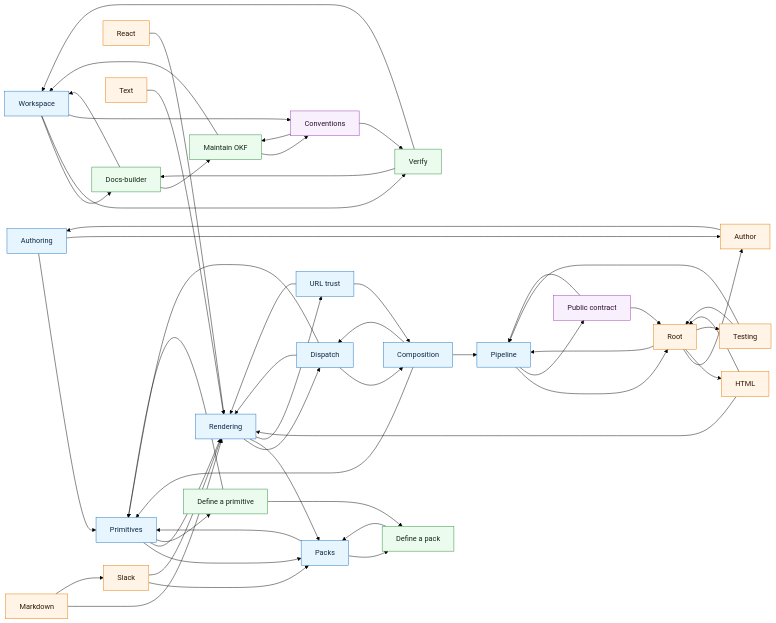
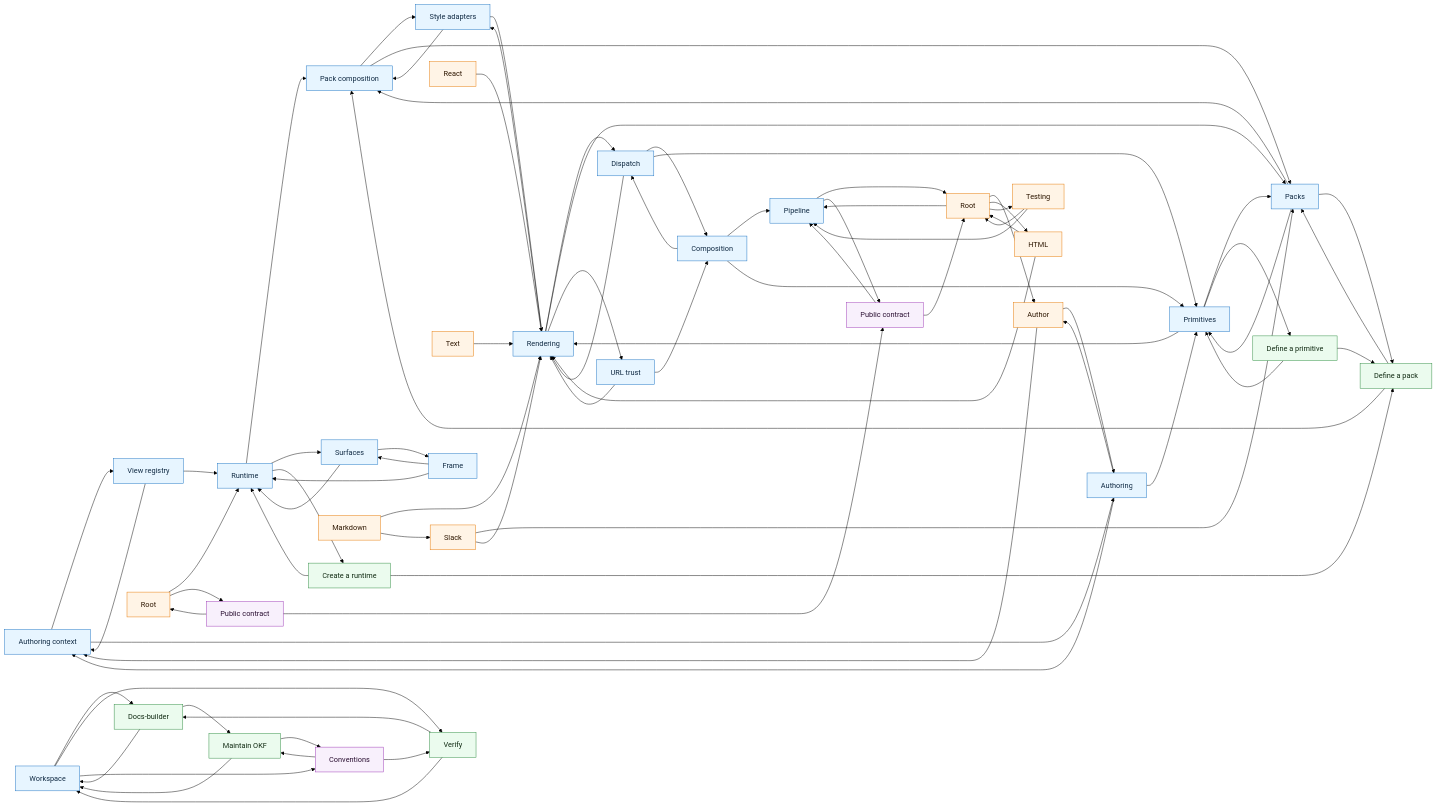
Before and after one commit to elastic/isomer: the diagram in docs/reference/okf-map.md, drawn with Mermaid (forest theme). The commit also changed other lines of this file and 62 other files, not shown here.

````diff
--- a/docs/reference/okf-map.md
+++ b/docs/reference/okf-map.md
@@ -16,5 +16,15 @@
 ```mermaid
 flowchart LR
+    runtime_concepts_authoring_context["Authoring context"]:::concept
+    runtime_concepts_frame["Frame"]:::concept
+    runtime_concepts_packs["Pack composition"]:::concept
+    runtime_concepts_runtime["Runtime"]:::concept
+    runtime_concepts_style_adapters["Style adapters"]:::concept
+    runtime_concepts_surfaces["Surfaces"]:::concept
+    runtime_concepts_view_registry["View registry"]:::concept
+    runtime_entry_points_root["Root"]:::entrypoint
+    runtime_playbooks_create_a_runtime["Create a runtime"]:::playbook
+    runtime_reference_public_contract["Public contract"]:::reference
     sdk_concepts_authoring["Authoring"]:::concept
     sdk_concepts_composition["Composition"]:::concept
     sdk_concepts_dispatch["Dispatch"]:::concept
@@ -39,6 +49,28 @@
     workspace_playbooks_maintain_okf["Maintain OKF"]:::playbook
     workspace_playbooks_verify["Verify"]:::playbook
     workspace_reference_conventions["Conventions"]:::reference
+    runtime_concepts_authoring_context --> runtime_concepts_view_registry
+    runtime_concepts_authoring_context --> sdk_concepts_authoring
+    runtime_concepts_frame --> runtime_concepts_runtime
+    runtime_concepts_frame --> runtime_concepts_surfaces
+    runtime_concepts_packs --> runtime_concepts_style_adapters
+    runtime_concepts_packs --> sdk_concepts_packs
+    runtime_concepts_runtime --> runtime_concepts_packs
+    runtime_concepts_runtime --> runtime_concepts_surfaces
+    runtime_concepts_runtime --> runtime_playbooks_create_a_runtime
+    runtime_concepts_style_adapters --> runtime_concepts_packs
+    runtime_concepts_style_adapters --> sdk_concepts_rendering
+    runtime_concepts_surfaces --> runtime_concepts_frame
+    runtime_concepts_surfaces --> runtime_concepts_runtime
+    runtime_concepts_view_registry --> runtime_concepts_authoring_context
+    runtime_concepts_view_registry --> runtime_concepts_runtime
+    runtime_entry_points_root --> runtime_concepts_runtime
+    runtime_entry_points_root --> runtime_reference_public_contract
+    runtime_playbooks_create_a_runtime --> runtime_concepts_runtime
+    runtime_playbooks_create_a_runtime --> sdk_playbooks_define_a_pack
+    runtime_reference_public_contract --> runtime_entry_points_root
+    runtime_reference_public_contract --> sdk_reference_public_contract
+    sdk_concepts_authoring --> runtime_concepts_authoring_context
     sdk_concepts_authoring --> sdk_concepts_primitives
     sdk_concepts_authoring --> sdk_entry_points_author
     sdk_concepts_composition --> sdk_concepts_dispatch
@@ -47,6 +79,7 @@
     sdk_concepts_dispatch --> sdk_concepts_composition
     sdk_concepts_dispatch --> sdk_concepts_primitives
     sdk_concepts_dispatch --> sdk_concepts_rendering
+    sdk_concepts_packs --> runtime_concepts_packs
     sdk_concepts_packs --> sdk_concepts_primitives
     sdk_concepts_packs --> sdk_playbooks_define_a_pack
     sdk_concepts_pipeline --> sdk_entry_points_root
@@ -54,11 +87,13 @@
     sdk_concepts_primitives --> sdk_concepts_packs
     sdk_concepts_primitives --> sdk_concepts_rendering
     sdk_concepts_primitives --> sdk_playbooks_define_a_primitive
+    sdk_concepts_rendering --> runtime_concepts_style_adapters
     sdk_concepts_rendering --> sdk_concepts_dispatch
     sdk_concepts_rendering --> sdk_concepts_packs
     sdk_concepts_rendering --> sdk_concepts_url_trust
     sdk_concepts_url_trust --> sdk_concepts_composition
     sdk_concepts_url_trust --> sdk_concepts_rendering
+    sdk_entry_points_author --> runtime_concepts_authoring_context
     sdk_entry_points_author --> sdk_concepts_authoring
     sdk_entry_points_html --> sdk_concepts_rendering
     sdk_entry_points_html --> sdk_entry_points_root
@@ -74,6 +109,7 @@
     sdk_entry_points_testing --> sdk_concepts_pipeline
     sdk_entry_points_testing --> sdk_entry_points_root
     sdk_entry_points_text --> sdk_concepts_rendering
+    sdk_playbooks_define_a_pack --> runtime_concepts_packs
     sdk_playbooks_define_a_pack --> sdk_concepts_packs
     sdk_playbooks_define_a_primitive --> sdk_concepts_primitives
     sdk_playbooks_define_a_primitive --> sdk_playbooks_define_a_pack
````
